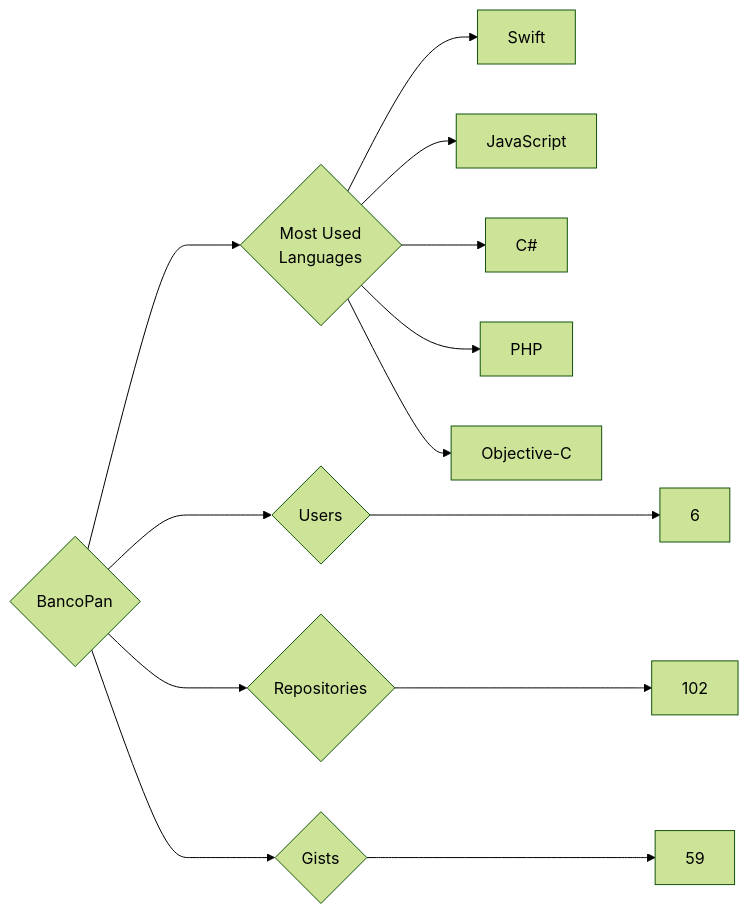
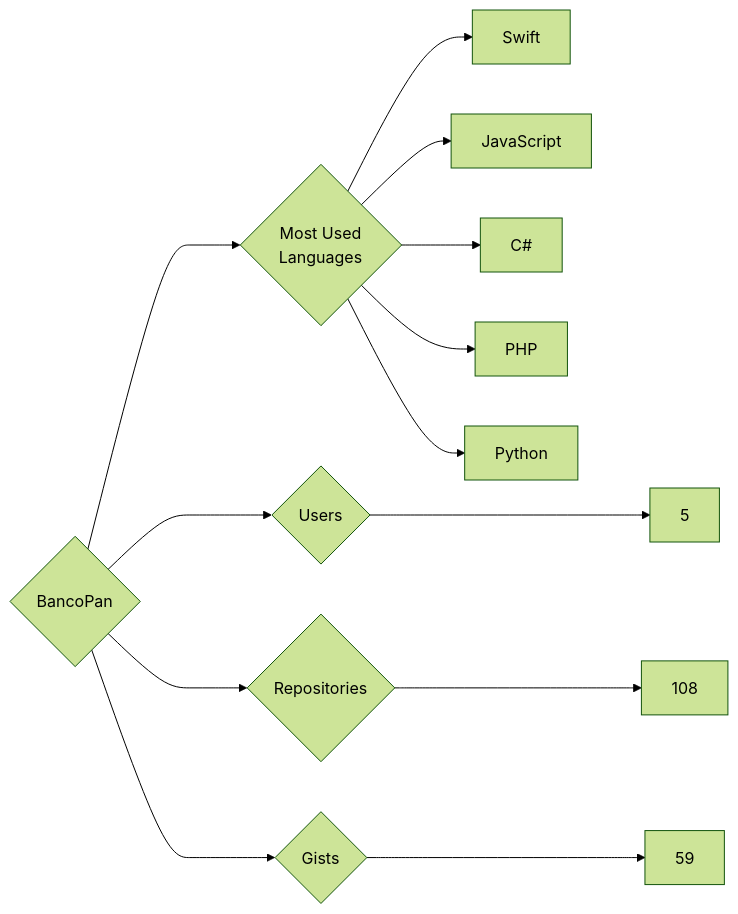
One commit to trickest/insiders changed the diagram in targets/BancoPan/README.md. Above: the diagram before and after it, drawn with Mermaid (forest theme). The commit also changed 1088 other files, not shown here.

````diff
--- a/targets/BancoPan/README.md
+++ b/targets/BancoPan/README.md
@@ -3,13 +3,13 @@
 ```mermaid
 graph LR
 COMPANY_NAME{BancoPan}
-COMPANY_NAME ---> U{Users} ---> UN[6]
-COMPANY_NAME ---> R{Repositories} ---> RN[102]
+COMPANY_NAME ---> U{Users} ---> UN[5]
+COMPANY_NAME ---> R{Repositories} ---> RN[108]
 COMPANY_NAME ---> G{Gists} ---> GN[59]
 COMPANY_NAME ---> ML{Most Used<br>Languages}
 ML --> Swift[Swift]
 ML --> JavaScript[JavaScript]
 ML --> C#[C#]
 ML --> PHP[PHP]
-ML --> Objective-C[Objective-C]
+ML --> Python[Python]
 ```
````
